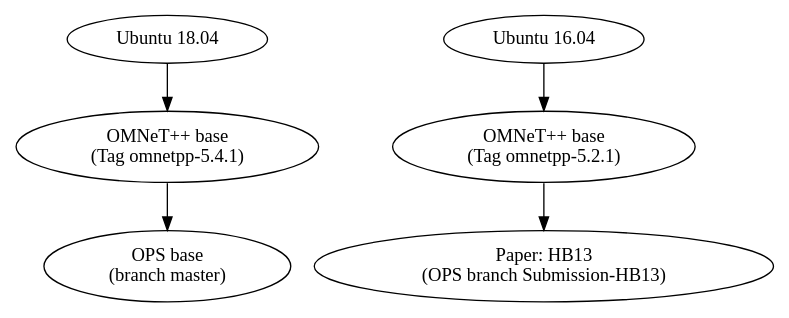
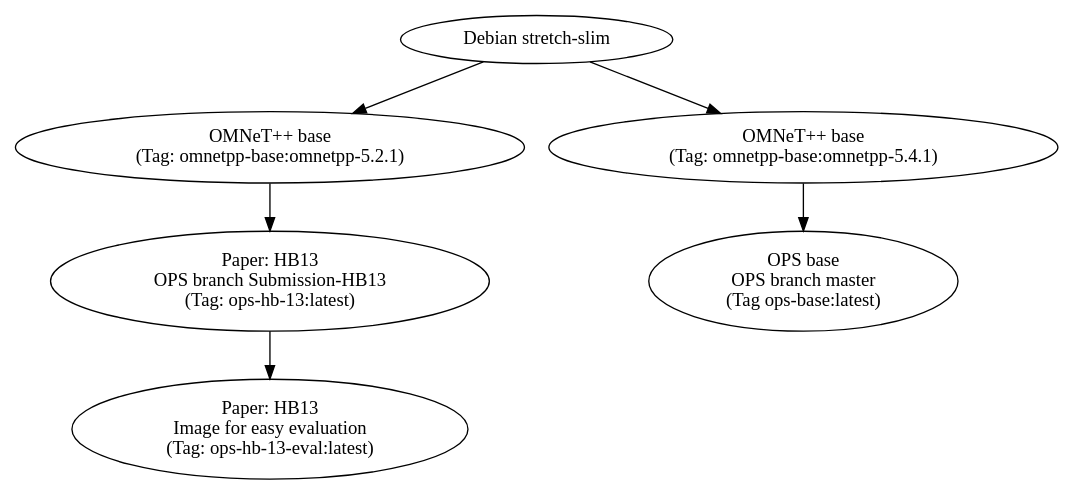
One commit to ComNets-Bremen/comnets-docker changed the diagram in structure-docker-comnets.dot. Above: the diagram before and after it, drawn with Graphviz. The commit also changed 1 other file, not shown here.

```diff
--- a/structure-docker-comnets.dot
+++ b/structure-docker-comnets.dot
@@ -1,13 +1,14 @@
  digraph omnetppbranch {
-    ubuntu18[label="Ubuntu 18.04"]
-    ubuntu16[label="Ubuntu 16.04"]
-    omnetppbase521[label="OMNeT++ base\n(Tag omnetpp-5.2.1)"]
-    omnetppbase541[label="OMNeT++ base\n(Tag omnetpp-5.4.1)"]
-    opsbase[label="OPS base\n(branch master)"]
-    opsHb13[label="Paper: HB13\n(OPS branch Submission-HB13)"]
+    debian[label="Debian stretch-slim"]
+    omnetppbase521[label="OMNeT++ base\n(Tag: omnetpp-base:omnetpp-5.2.1)"]
+    omnetppbase541[label="OMNeT++ base\n(Tag: omnetpp-base:omnetpp-5.4.1)"]
+    opsbase[label="OPS base\nOPS branch master\n(Tag ops-base:latest)"]
+    opsHb13[label="Paper: HB13\nOPS branch Submission-HB13\n(Tag: ops-hb-13:latest)"]
+    opsHb13Eval[label="Paper: HB13\nImage for easy evaluation\n(Tag: ops-hb-13-eval:latest)"]
 
-    ubuntu16 -> omnetppbase521
-    ubuntu18 -> omnetppbase541
+    debian -> omnetppbase521
+    debian -> omnetppbase541
     omnetppbase521 -> opsHb13
     omnetppbase541 -> opsbase
+    opsHb13 -> opsHb13Eval
  }
```
